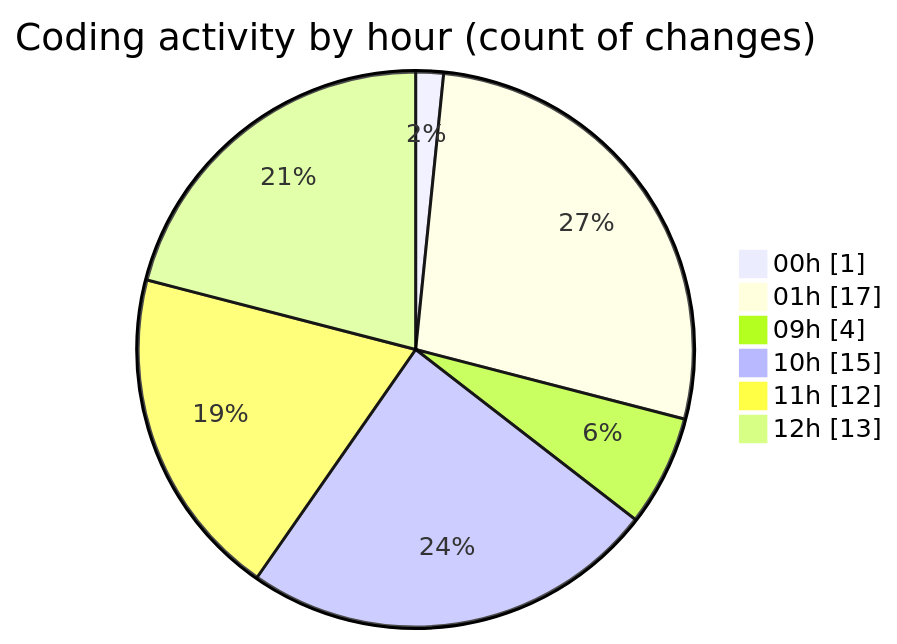
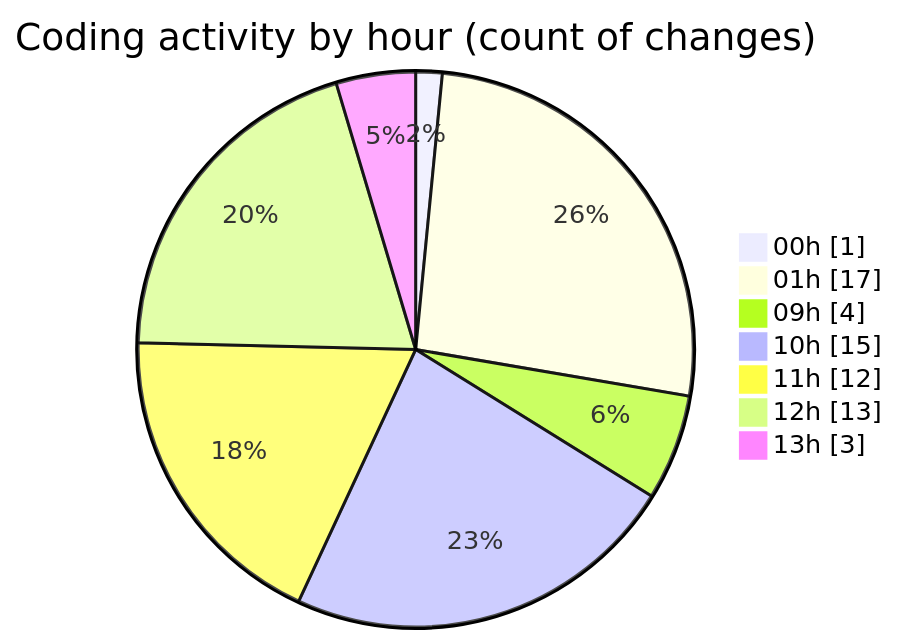
Before and after one commit to julien-gomy/code-tracking: the second of 2 diagrams in 2025-11-01/cdp_aleoudev_fr__workspace_/README.md, drawn with Mermaid. The commit also changed other lines of this file and 1 other file, not shown here.

````diff
--- a/2025-11-01/cdp_aleoudev_fr__workspace_/README.md
+++ b/2025-11-01/cdp_aleoudev_fr__workspace_/README.md
@@ -37,10 +38,11 @@
 ```mermaid
 pie showData
 title Coding activity by hour (count of changes)
 "00h" : 1
 "01h" : 17
 "09h" : 4
 "10h" : 15
 "11h" : 12
 "12h" : 13
+"13h" : 3
 ```
````
